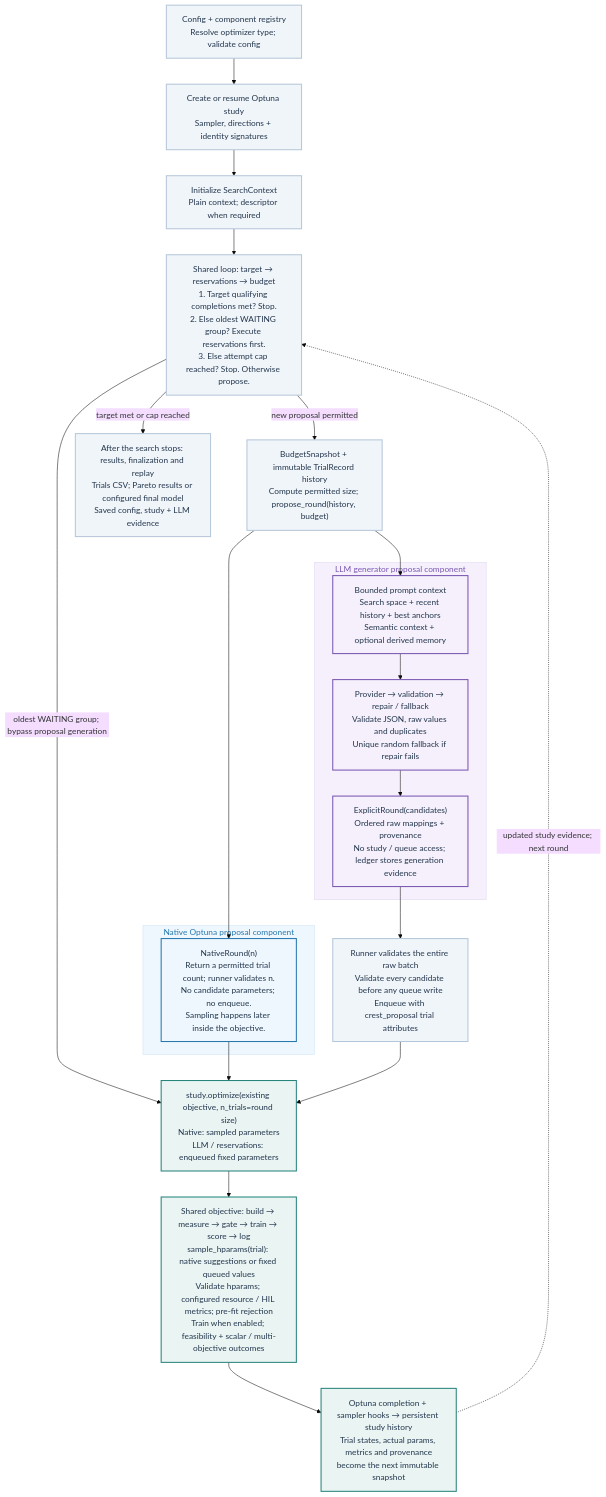
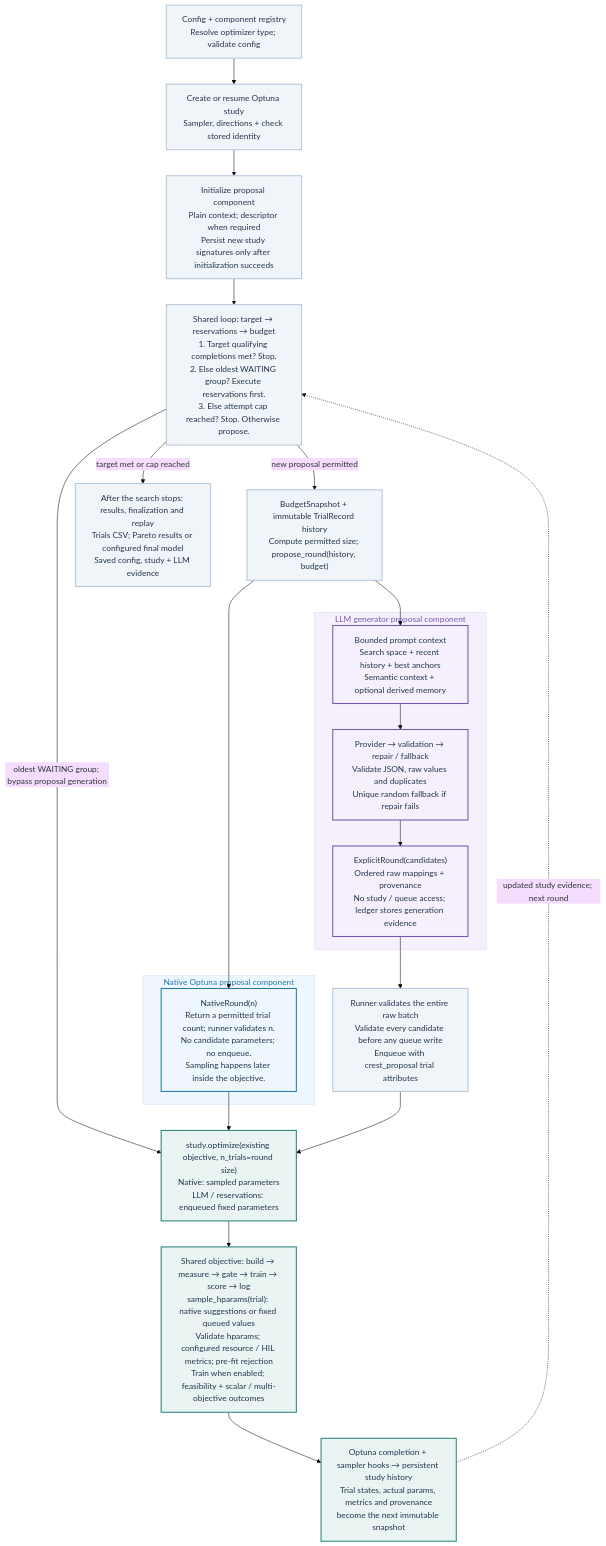
The diagram in assets/optimizer_flow.mmd (nesl/crest), drawn with Mermaid (base theme) before and after one commit. The commit also changed 18 other files, not shown here.

Commit message:
Defer optimizer signing until setup succeeds and clean public artifacts

```diff
--- a/assets/optimizer_flow.mmd
+++ b/assets/optimizer_flow.mmd
@@ -1,51 +1,51 @@
-%% CREST optimizer flow, implementation b66f452.
+%% CREST optimizer flow: shared proposal and evaluation contract.
 %% Editable flow topology and labels. The accompanying optimizer_flow.svg is
 %% hand-positioned vector artwork; optimizer_flow.png is rendered from that SVG.
 %% Rendering this Mermaid source preserves the architecture, with a different layout.
 %% Native sampling occurs only when the existing objective calls trial.suggest_*.
 %% LLM ledger records generation evidence, never queue ownership or enqueue proof.
 flowchart TB
     CONFIG["Config + component registry<br/>Resolve optimizer type; validate config"]
-    STUDY["Create or resume Optuna study<br/>Sampler, directions + identity signatures"]
-    CONTEXT["Initialize SearchContext<br/>Plain context; descriptor when required"]
+    STUDY["Create or resume Optuna study<br/>Sampler, directions + check stored identity"]
+    CONTEXT["Initialize proposal component<br/>Plain context; descriptor when required<br/>Persist new study signatures only after initialization succeeds"]
     ORDER["Shared loop: target → reservations → budget<br/>1. Target qualifying completions met? Stop.<br/>2. Else oldest WAITING group? Execute reservations first.<br/>3. Else attempt cap reached? Stop. Otherwise propose."]
     BUDGET["BudgetSnapshot + immutable TrialRecord history<br/>Compute permitted size; propose_round(history, budget)"]
 
     subgraph NATIVE["Native Optuna proposal component"]
         N["NativeRound(n)<br/>Return a permitted trial count; runner validates n.<br/>No candidate parameters; no enqueue.<br/>Sampling happens later inside the objective."]
     end
 
     subgraph LLM["LLM generator proposal component"]
         PROMPT["Bounded prompt context<br/>Search space + recent history + best anchors<br/>Semantic context + optional derived memory"]
         PROVIDER["Provider → validation → repair / fallback<br/>Validate JSON, raw values and duplicates<br/>Unique random fallback if repair fails"]
         EXPLICIT["ExplicitRound(candidates)<br/>Ordered raw mappings + provenance<br/>No study / queue access; ledger stores generation evidence"]
         PROMPT --> PROVIDER --> EXPLICIT
     end
 
     VALIDATE["Runner validates the entire raw batch<br/>Validate every candidate before any queue write<br/>Enqueue with crest_proposal trial attributes"]
     OPTIMIZE["study.optimize(existing objective, n_trials=round size)<br/>Native: sampled parameters<br/>LLM / reservations: enqueued fixed parameters"]
     OBJECTIVE["Shared objective: build → measure → gate → train → score → log<br/>sample_hparams(trial): native suggestions or fixed queued values<br/>Validate hparams; configured resource / HIL metrics; pre-fit rejection<br/>Train when enabled; feasibility + scalar / multi-objective outcomes"]
     HISTORY["Optuna completion + sampler hooks → persistent study history<br/>Trial states, actual params, metrics and provenance<br/>become the next immutable snapshot"]
     OUTPUT["After the search stops: results, finalization and replay<br/>Trials CSV; Pareto results or configured final model<br/>Saved config, study + LLM evidence"]
 
     CONFIG --> STUDY --> CONTEXT --> ORDER
     ORDER -->|new proposal permitted| BUDGET
     ORDER -->|oldest WAITING group; bypass proposal generation| OPTIMIZE
     ORDER -->|target met or cap reached| OUTPUT
     BUDGET --> N
     BUDGET --> PROMPT
     N --> OPTIMIZE
     EXPLICIT --> VALIDATE --> OPTIMIZE
     OPTIMIZE --> OBJECTIVE --> HISTORY
     HISTORY -. updated study evidence; next round .-> ORDER
 
     classDef shared fill:#f0f5fa,stroke:#b6c7d9,color:#23364c,stroke-width:2px;
     classDef native fill:#eef7fd,stroke:#2678ad,color:#23364c,stroke-width:2px;
     classDef llm fill:#f5f0fc,stroke:#7956b1,color:#23364c,stroke-width:2px;
     classDef evaluation fill:#e9f4f3,stroke:#27857c,color:#23364c,stroke-width:2px;
     class CONFIG,STUDY,CONTEXT,ORDER,BUDGET,VALIDATE,OUTPUT shared;
     class N native;
     class PROMPT,PROVIDER,EXPLICIT llm;
     class OPTIMIZE,OBJECTIVE,HISTORY evaluation;
     style NATIVE fill:#eef7fd,stroke:#cde5f5,color:#2678ad
     style LLM fill:#f5f0fc,stroke:#dfd3ef,color:#7956b1
```
